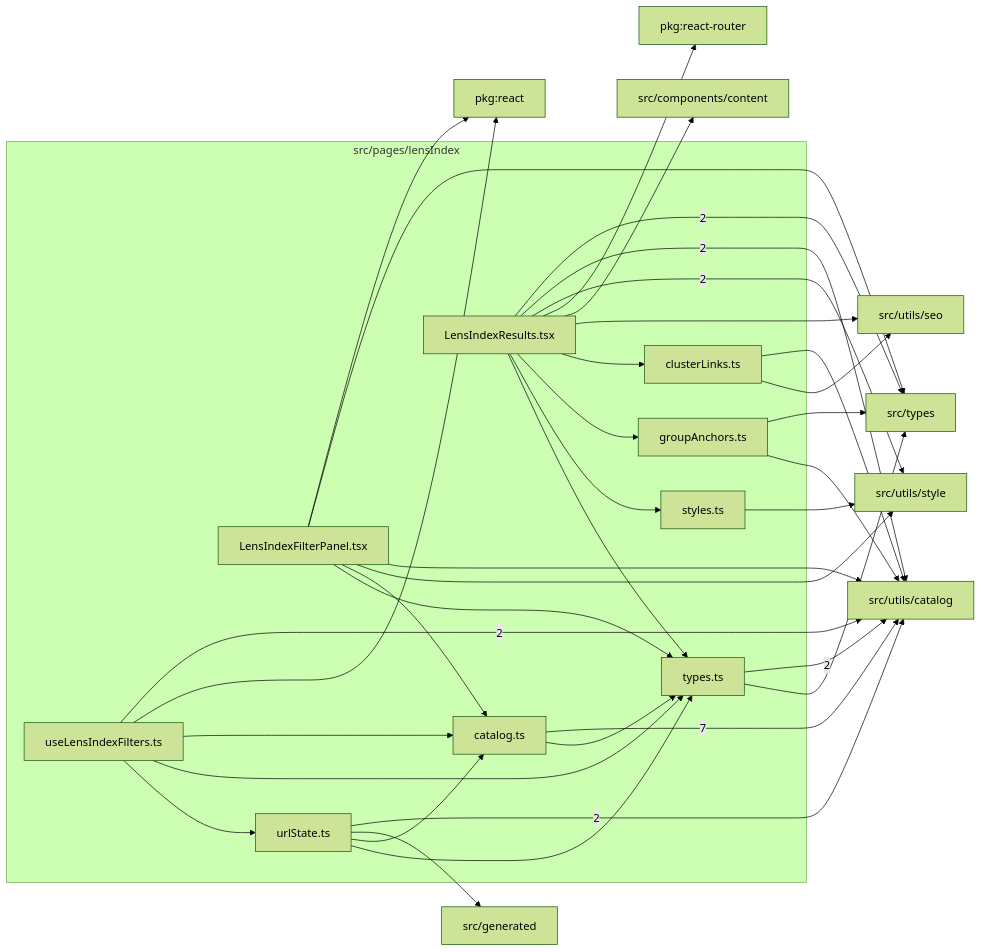
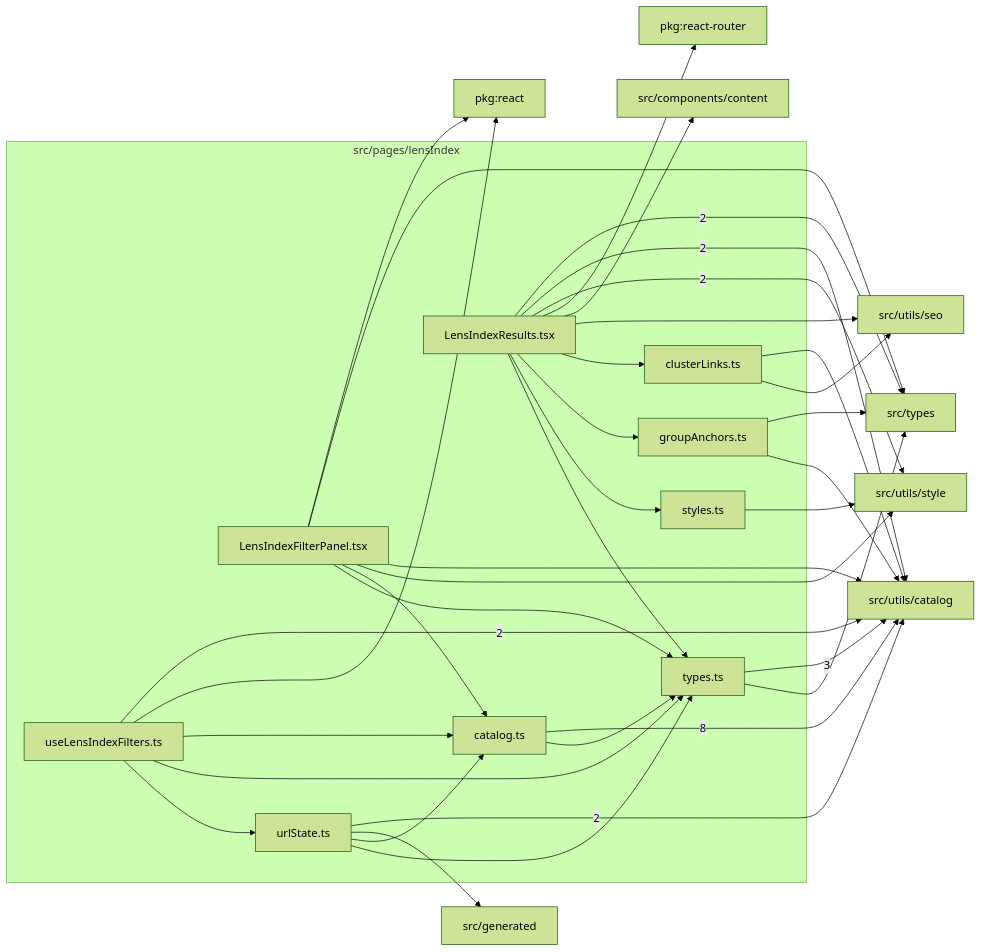
The diagram in src/pages/lensIndex/readme.md (ronbuening/LensVisualizer), drawn with Mermaid (forest theme) before and after one commit. The commit also changed other lines of this file and 56 other files, not shown here.

````diff
--- a/src/pages/lensIndex/readme.md
+++ b/src/pages/lensIndex/readme.md
@@ -9,56 +9,56 @@
 ```mermaid
 flowchart LR
   subgraph n_src_pages_lensIndex["src/pages/lensIndex"]
     n_src_pages_lensIndex_src_pages_lensIndex_catalog_ts["catalog.ts"]
     n_src_pages_lensIndex_src_pages_lensIndex_clusterLinks_ts["clusterLinks.ts"]
     n_src_pages_lensIndex_src_pages_lensIndex_groupAnchors_ts["groupAnchors.ts"]
     n_src_pages_lensIndex_src_pages_lensIndex_LensIndexFilterPanel_tsx["LensIndexFilterPanel.tsx"]
     n_src_pages_lensIndex_src_pages_lensIndex_LensIndexResults_tsx["LensIndexResults.tsx"]
     n_src_pages_lensIndex_src_pages_lensIndex_styles_ts["styles.ts"]
     n_src_pages_lensIndex_src_pages_lensIndex_types_ts["types.ts"]
     n_src_pages_lensIndex_src_pages_lensIndex_urlState_ts["urlState.ts"]
     n_src_pages_lensIndex_src_pages_lensIndex_useLensIndexFilters_ts["useLensIndexFilters.ts"]
   end
   n_external_src_utils_catalog["src/utils/catalog"]
   n_external_src_types["src/types"]
   n_external_src_utils_style["src/utils/style"]
   n_external_pkg_react["pkg:react"]
   n_external_pkg_react_router["pkg:react-router"]
   n_external_src_components_content["src/components/content"]
   n_external_src_generated["src/generated"]
   n_external_src_utils_seo["src/utils/seo"]
-  n_src_pages_lensIndex_src_pages_lensIndex_catalog_ts --> |7| n_external_src_utils_catalog
+  n_src_pages_lensIndex_src_pages_lensIndex_catalog_ts --> |8| n_external_src_utils_catalog
+  n_src_pages_lensIndex_src_pages_lensIndex_types_ts --> |3| n_external_src_utils_catalog
   n_src_pages_lensIndex_src_pages_lensIndex_LensIndexResults_tsx --> |2| n_external_src_types
   n_src_pages_lensIndex_src_pages_lensIndex_LensIndexResults_tsx --> |2| n_external_src_utils_catalog
-  n_src_pages_lensIndex_src_pages_lensIndex_types_ts --> |2| n_external_src_utils_catalog
   n_src_pages_lensIndex_src_pages_lensIndex_urlState_ts --> |2| n_external_src_utils_catalog
   n_src_pages_lensIndex_src_pages_lensIndex_useLensIndexFilters_ts --> |2| n_external_src_utils_catalog
   n_src_pages_lensIndex_src_pages_lensIndex_LensIndexResults_tsx --> |2| n_external_src_utils_style
   n_src_pages_lensIndex_src_pages_lensIndex_LensIndexFilterPanel_tsx --> n_external_pkg_react
   n_src_pages_lensIndex_src_pages_lensIndex_useLensIndexFilters_ts --> n_external_pkg_react
   n_src_pages_lensIndex_src_pages_lensIndex_LensIndexResults_tsx --> n_external_pkg_react_router
   n_src_pages_lensIndex_src_pages_lensIndex_LensIndexResults_tsx --> n_external_src_components_content
   n_src_pages_lensIndex_src_pages_lensIndex_urlState_ts --> n_external_src_generated
   n_src_pages_lensIndex_src_pages_lensIndex_groupAnchors_ts --> n_external_src_types
   n_src_pages_lensIndex_src_pages_lensIndex_LensIndexFilterPanel_tsx --> n_external_src_types
   n_src_pages_lensIndex_src_pages_lensIndex_types_ts --> n_external_src_types
   n_src_pages_lensIndex_src_pages_lensIndex_clusterLinks_ts --> n_external_src_utils_catalog
   n_src_pages_lensIndex_src_pages_lensIndex_groupAnchors_ts --> n_external_src_utils_catalog
   n_src_pages_lensIndex_src_pages_lensIndex_LensIndexFilterPanel_tsx --> n_external_src_utils_catalog
   n_src_pages_lensIndex_src_pages_lensIndex_clusterLinks_ts --> n_external_src_utils_seo
   n_src_pages_lensIndex_src_pages_lensIndex_LensIndexResults_tsx --> n_external_src_utils_seo
   n_src_pages_lensIndex_src_pages_lensIndex_LensIndexFilterPanel_tsx --> n_external_src_utils_style
   n_src_pages_lensIndex_src_pages_lensIndex_styles_ts --> n_external_src_utils_style
   n_src_pages_lensIndex_src_pages_lensIndex_LensIndexFilterPanel_tsx --> n_src_pages_lensIndex_src_pages_lensIndex_catalog_ts
   n_src_pages_lensIndex_src_pages_lensIndex_urlState_ts --> n_src_pages_lensIndex_src_pages_lensIndex_catalog_ts
   n_src_pages_lensIndex_src_pages_lensIndex_useLensIndexFilters_ts --> n_src_pages_lensIndex_src_pages_lensIndex_catalog_ts
   n_src_pages_lensIndex_src_pages_lensIndex_LensIndexResults_tsx --> n_src_pages_lensIndex_src_pages_lensIndex_clusterLinks_ts
   n_src_pages_lensIndex_src_pages_lensIndex_LensIndexResults_tsx --> n_src_pages_lensIndex_src_pages_lensIndex_groupAnchors_ts
   n_src_pages_lensIndex_src_pages_lensIndex_LensIndexResults_tsx --> n_src_pages_lensIndex_src_pages_lensIndex_styles_ts
   n_src_pages_lensIndex_src_pages_lensIndex_catalog_ts --> n_src_pages_lensIndex_src_pages_lensIndex_types_ts
   n_src_pages_lensIndex_src_pages_lensIndex_LensIndexFilterPanel_tsx --> n_src_pages_lensIndex_src_pages_lensIndex_types_ts
   n_src_pages_lensIndex_src_pages_lensIndex_LensIndexResults_tsx --> n_src_pages_lensIndex_src_pages_lensIndex_types_ts
   n_src_pages_lensIndex_src_pages_lensIndex_urlState_ts --> n_src_pages_lensIndex_src_pages_lensIndex_types_ts
   n_src_pages_lensIndex_src_pages_lensIndex_useLensIndexFilters_ts --> n_src_pages_lensIndex_src_pages_lensIndex_types_ts
   n_src_pages_lensIndex_src_pages_lensIndex_useLensIndexFilters_ts --> n_src_pages_lensIndex_src_pages_lensIndex_urlState_ts
 ```
````
